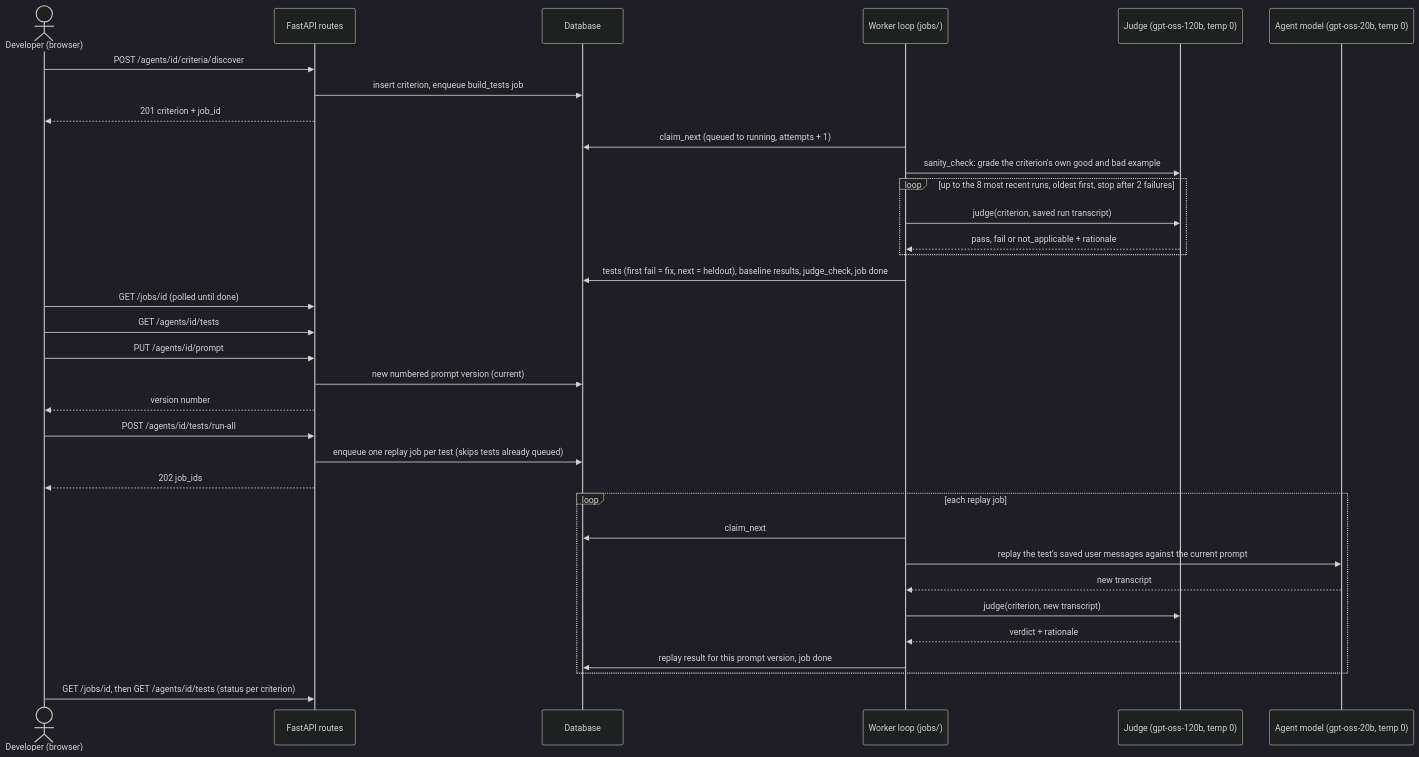
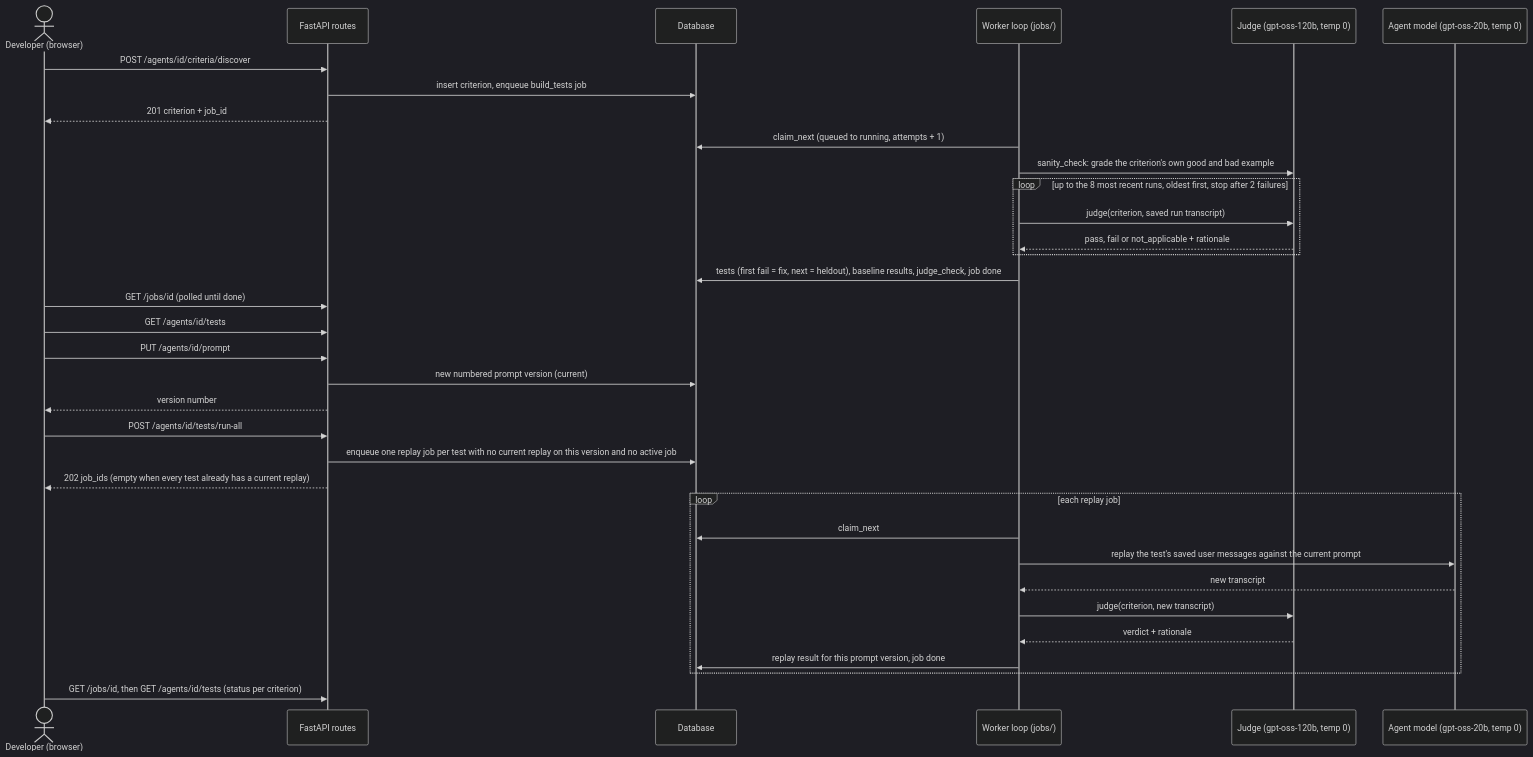
The fourth of 8 diagrams in docs/ARCHITECTURE.md (harikrshm/Eval-Discovery), drawn with Mermaid (dark theme) before and after one commit. The commit also changed other lines of this file and 1 other file, not shown here.

````diff
--- a/docs/ARCHITECTURE.md
+++ b/docs/ARCHITECTURE.md
@@ -266,38 +305,38 @@
 ```mermaid
 sequenceDiagram
     actor Dev as Developer (browser)
     participant API as FastAPI routes
     participant DB as Database
     participant W as Worker loop (jobs/)
     participant J as Judge (gpt-oss-120b, temp 0)
     participant A as Agent model (gpt-oss-20b, temp 0)
 
     Dev->>API: POST /agents/id/criteria/discover
     API->>DB: insert criterion, enqueue build_tests job
     API-->>Dev: 201 criterion + job_id
     W->>DB: claim_next (queued to running, attempts + 1)
     W->>J: sanity_check: grade the criterion's own good and bad example
     loop up to the 8 most recent runs, oldest first, stop after 2 failures
         W->>J: judge(criterion, saved run transcript)
         J-->>W: pass, fail or not_applicable + rationale
     end
     W->>DB: tests (first fail = fix, next = heldout), baseline results, judge_check, job done
     Dev->>API: GET /jobs/id (polled until done)
     Dev->>API: GET /agents/id/tests
 
     Dev->>API: PUT /agents/id/prompt
     API->>DB: new numbered prompt version (current)
     API-->>Dev: version number
     Dev->>API: POST /agents/id/tests/run-all
-    API->>DB: enqueue one replay job per test (skips tests already queued)
-    API-->>Dev: 202 job_ids
+    API->>DB: enqueue one replay job per test with no current replay on this version and no active job
+    API-->>Dev: 202 job_ids (empty when every test already has a current replay)
     loop each replay job
         W->>DB: claim_next
         W->>A: replay the test's saved user messages against the current prompt
         A-->>W: new transcript
         W->>J: judge(criterion, new transcript)
         J-->>W: verdict + rationale
         W->>DB: replay result for this prompt version, job done
     end
     Dev->>API: GET /jobs/id, then GET /agents/id/tests (status per criterion)
 ```
````
